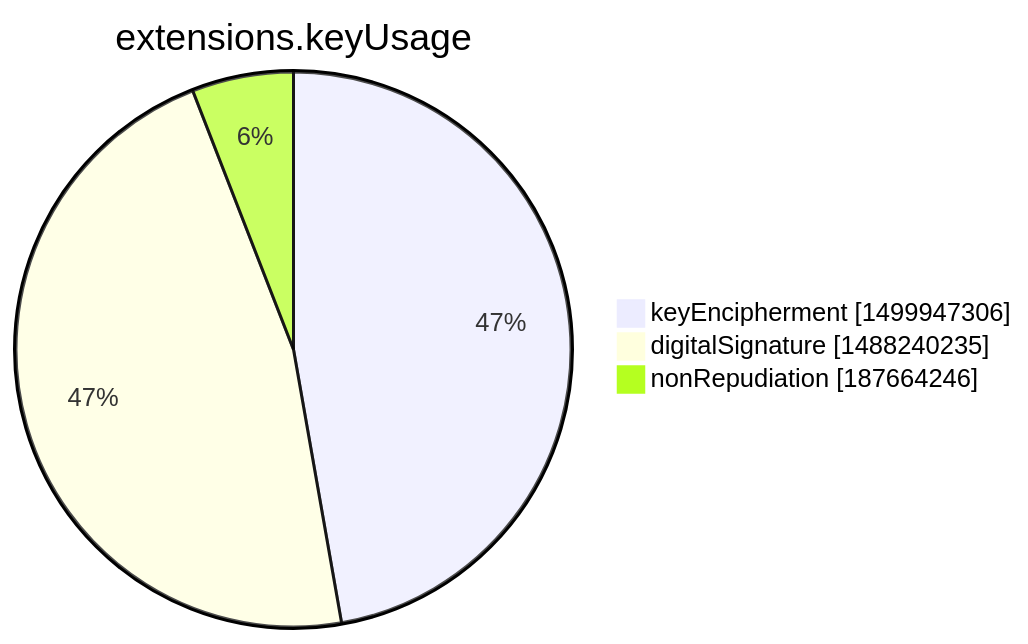
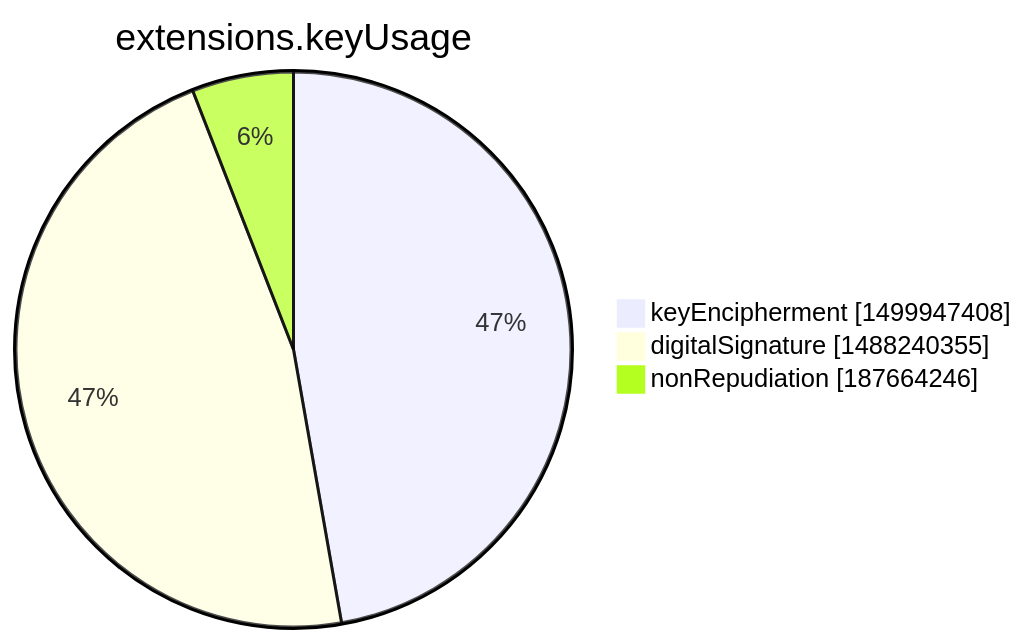
Before and after one commit to christiankrug/ctmonitor_visualization: the seventh of 15 diagrams in xenon2022/README.md, drawn with Mermaid. The commit also changed other lines of this file, not shown here.

````diff
--- a/xenon2022/README.md
+++ b/xenon2022/README.md
@@ -2844,7 +2844,7 @@
 ```mermaid
 pie showData
 title extensions.keyUsage
-"keyEncipherment" :1499947306
-"digitalSignature" :1488240235
+"keyEncipherment" :1499947408
+"digitalSignature" :1488240355
 "nonRepudiation" :187664246
 ```
````
